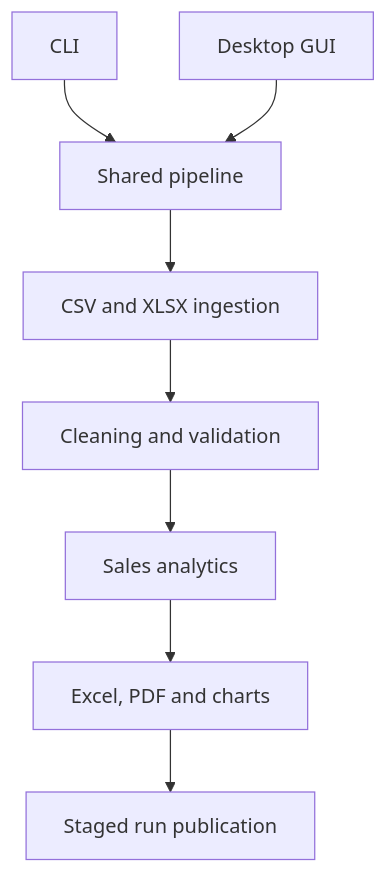
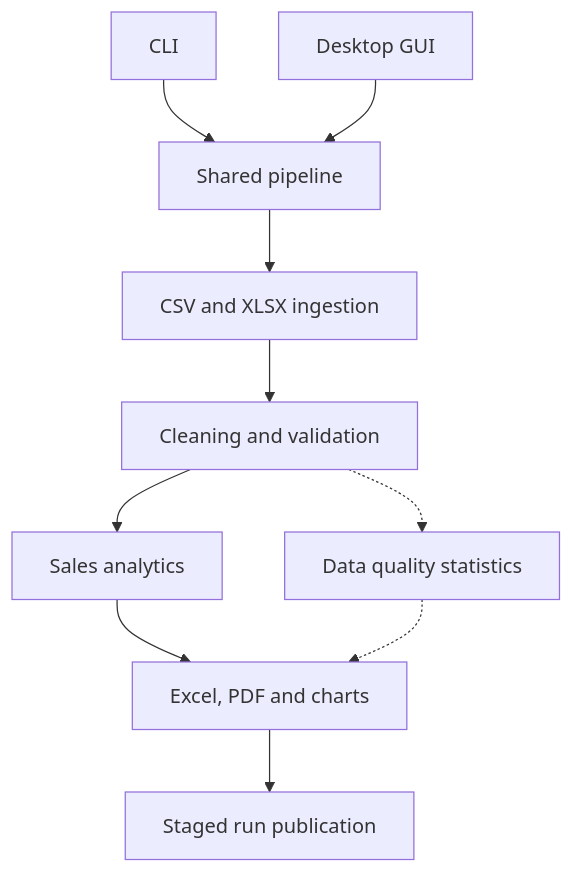
One commit to Davorin51/python-automation-toolkit changed the diagram in docs/architecture.md. Above: the diagram before and after it, drawn with Mermaid. The commit also changed other lines of this file and 18 other files, not shown here.

````diff
--- a/docs/architecture.md
+++ b/docs/architecture.md
@@ -3,10 +3,12 @@
 ```mermaid
 flowchart TD
     CLI[CLI] --> Pipeline[Shared pipeline]
     GUI[Desktop GUI] --> Pipeline
     Pipeline --> Ingestion[CSV and XLSX ingestion]
     Ingestion --> Validation[Cleaning and validation]
     Validation --> Analytics[Sales analytics]
+    Validation -.-> Quality[Data quality statistics]
     Analytics --> Reporting[Excel, PDF and charts]
+    Quality -.-> Reporting
     Reporting --> Publish[Staged run publication]
 ```
````
